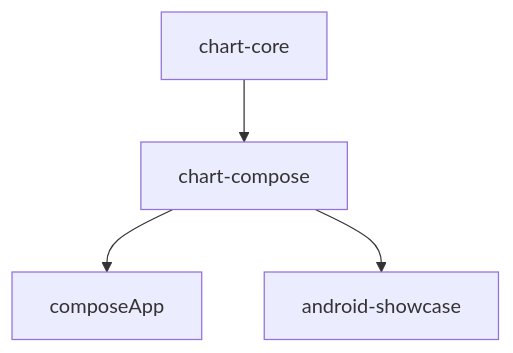
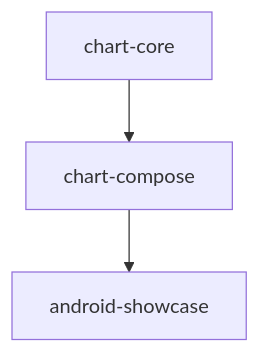
One commit to mena97villalobos/ComposePlotLib changed the first of 2 diagrams in docs/architecture.md. Above: the diagram before and after it, drawn with Mermaid. The commit also changed other lines of this file and 98 other files, not shown here.

First line of the commit message:
Remove duplicate composeApp/iosApp demo host; scrollable showcase button rows

````diff
--- a/docs/architecture.md
+++ b/docs/architecture.md
@@ -22,6 +21,5 @@
 ```mermaid
 flowchart TD
     chartCore[chart-core] --> chartCompose[chart-compose]
-    chartCompose --> composeApp[composeApp]
     chartCompose --> androidShowcase[android-showcase]
 ```
````
